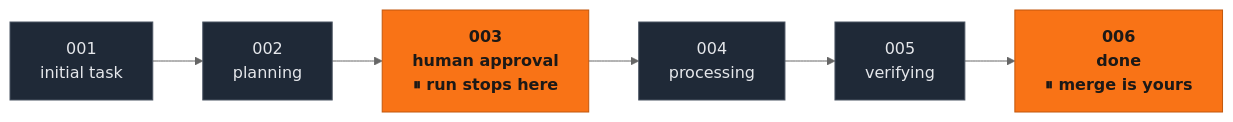
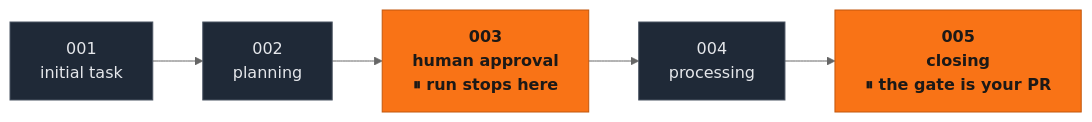
The diagram in README.md (gabesan21/project-of-projects), drawn with Mermaid (neutral theme) before and after one commit. The commit also changed other lines of this file and 35 other files, not shown here.

````diff
--- a/README.md
+++ b/README.md
@@ -44,12 +48,11 @@
 ```mermaid
 flowchart LR
     A["001<br/>initial task"] --> B["002<br/>planning"]
     B --> C["003<br/>human approval<br/>⏸ run stops here"]
     C --> D["004<br/>processing"]
-    D --> E["005<br/>verifying"]
-    E --> F["006<br/>done<br/>⏸ merge is yours"]
+    D --> E["005<br/>closing<br/>⏸ the gate is your PR"]
     classDef agent fill:#1f2937,stroke:#4b5563,color:#e5e7eb
     classDef human fill:#f97316,stroke:#c2570c,color:#1c1917,font-weight:bold
-    class A,B,D,E agent
-    class C,F human
+    class A,B,D agent
+    class C,E human
 ```
````
